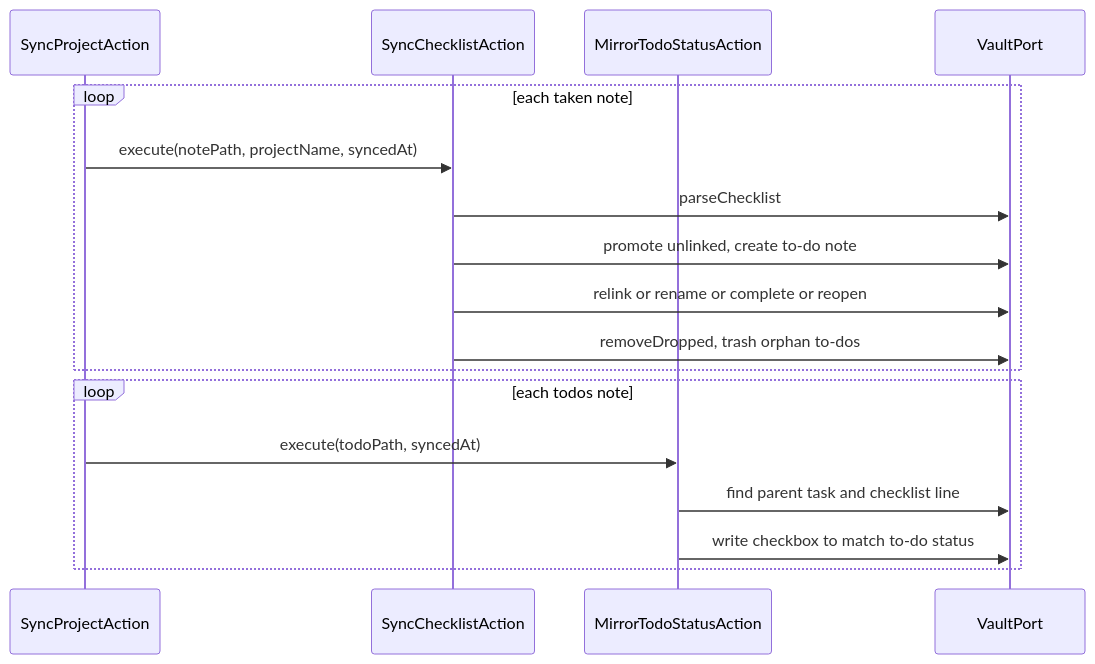
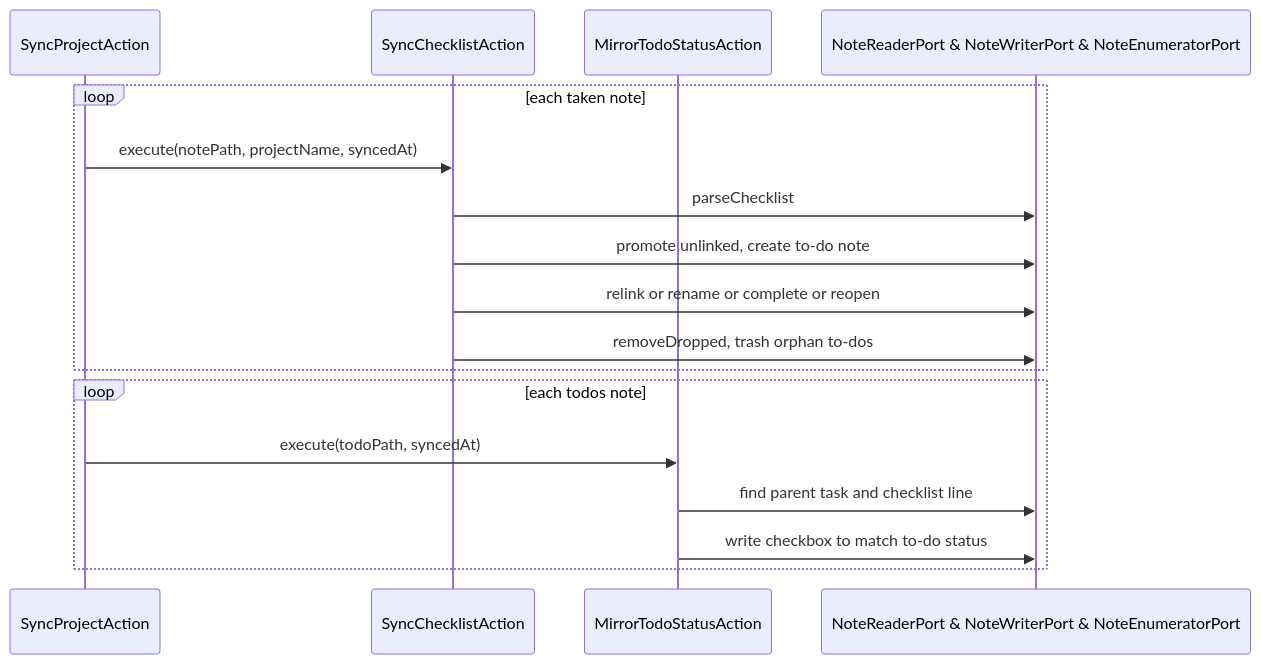
One commit to 99linesofcode/obsidian-project-management changed diagram 14 of 18 in docs/developer-manual.md. Above: the diagram before and after it, drawn with Mermaid. The commit also changed other lines of this file and 35 other files, not shown here.

````diff
--- a/docs/developer-manual.md
+++ b/docs/developer-manual.md
@@ -687,20 +692,20 @@
 ```mermaid
 sequenceDiagram
   participant SP as SyncProjectAction
   participant Chk as SyncChecklistAction
   participant Mir as MirrorTodoStatusAction
-  participant V as VaultPort
+  participant V as NoteReaderPort & NoteWriterPort & NoteEnumeratorPort
 
   loop each taken note
     SP->>Chk: execute(notePath, projectName, syncedAt)
     Chk->>V: parseChecklist
     Chk->>V: promote unlinked, create to-do note
     Chk->>V: relink or rename or complete or reopen
     Chk->>V: removeDropped, trash orphan to-dos
   end
   loop each todos note
     SP->>Mir: execute(todoPath, syncedAt)
     Mir->>V: find parent task and checklist line
     Mir->>V: write checkbox to match to-do status
   end
 ```
````
